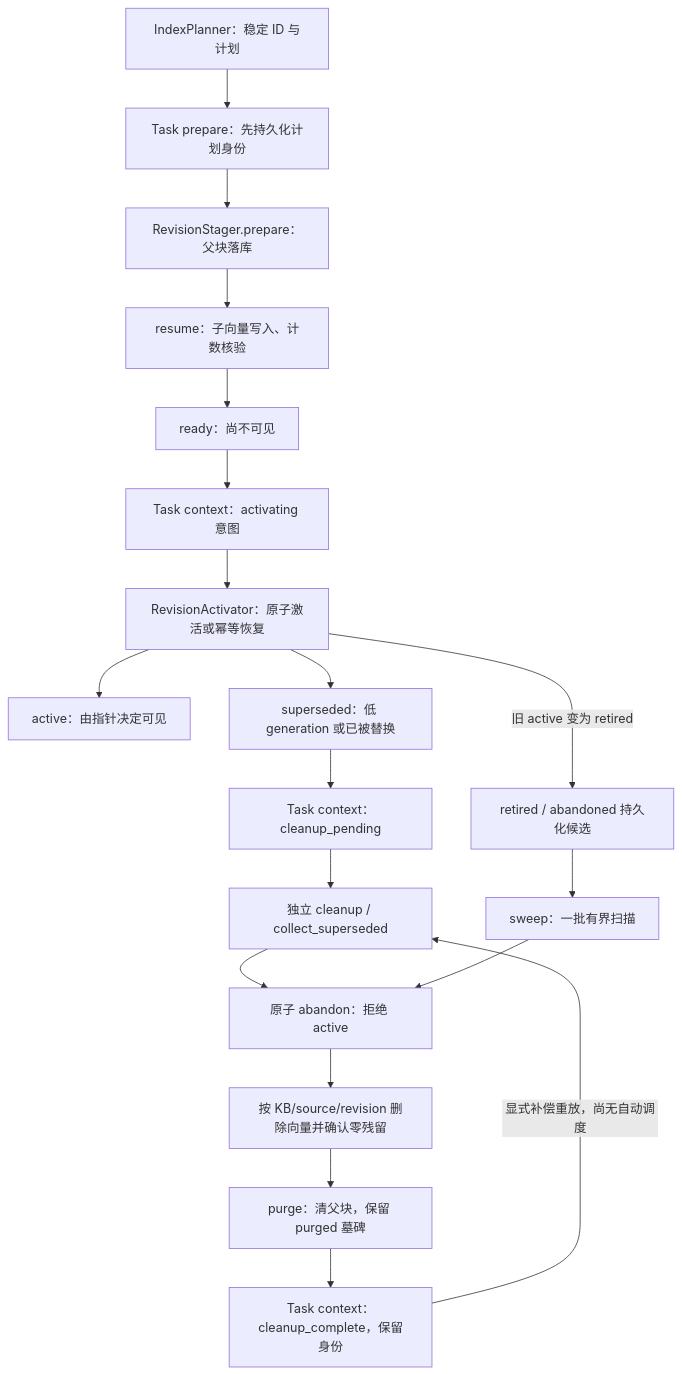
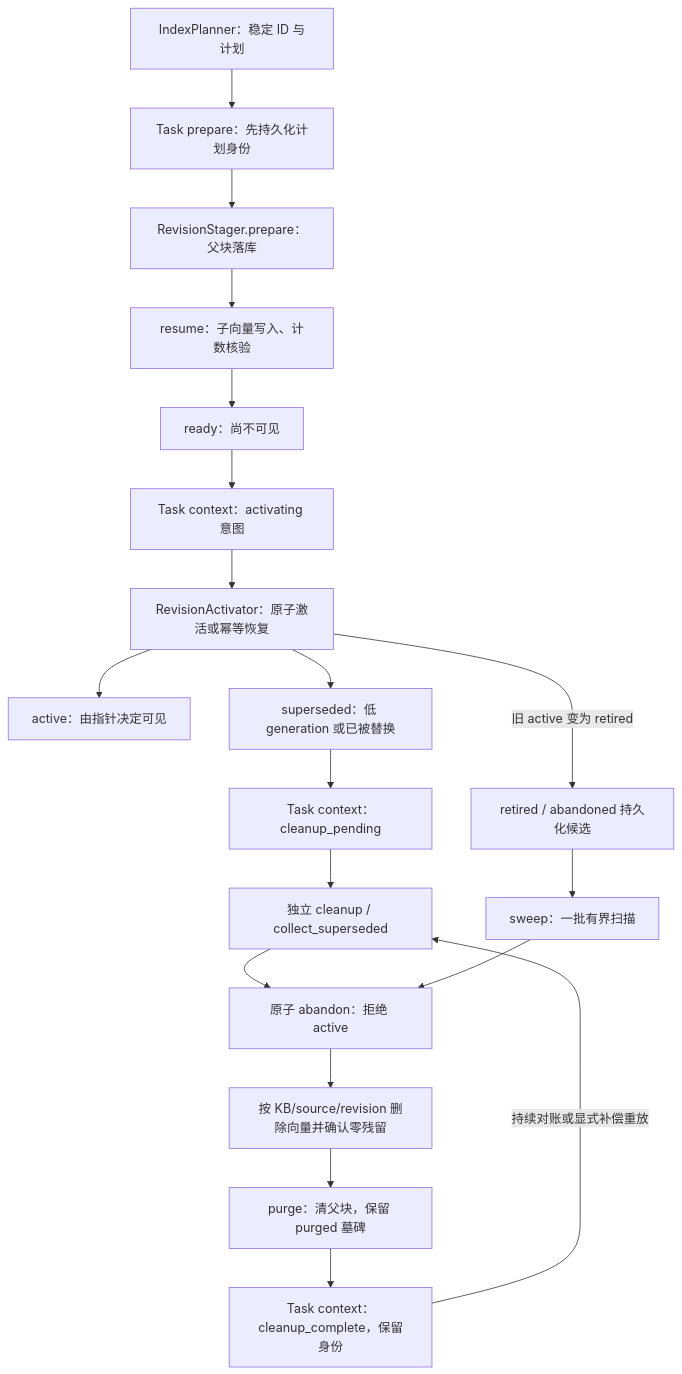
Before and after one commit to comet-7x/comet-rag: the fifth of 6 diagrams in docs/structure.md, drawn with Mermaid. The commit also changed other lines of this file and 21 other files, not shown here.

````diff
--- a/docs/structure.md
+++ b/docs/structure.md
@@ -192,21 +209,21 @@
 ```mermaid
 flowchart TD
     plan["IndexPlanner：稳定 ID 与计划"] --> preparing["Task prepare：先持久化计划身份"]
     preparing --> prepare["RevisionStager.prepare：父块落库"]
     prepare --> resume["resume：子向量写入、计数核验"]
     resume --> ready["ready：尚不可见"]
     ready --> intent["Task context：activating 意图"]
     intent --> activate["RevisionActivator：原子激活或幂等恢复"]
     activate --> active["active：由指针决定可见"]
     activate --> superseded["superseded：低 generation 或已被替换"]
     superseded --> receipt["Task context：cleanup_pending"]
     receipt --> collect["独立 cleanup / collect_superseded"]
     collect --> abandon["原子 abandon：拒绝 active"]
     candidates["retired / abandoned 持久化候选"] --> sweep["sweep：一批有界扫描"]
     activate -->|"旧 active 变为 retired"| candidates
     sweep --> abandon
     abandon --> delete["按 KB/source/revision 删除向量并确认零残留"]
     delete --> purge["purge：清父块，保留 purged 墓碑"]
     purge --> complete["Task context：cleanup_complete，保留身份"]
-    complete -->|"显式补偿重放，尚无自动调度"| collect
+    complete -->|"持续对账或显式补偿重放"| collect
 ```
````
